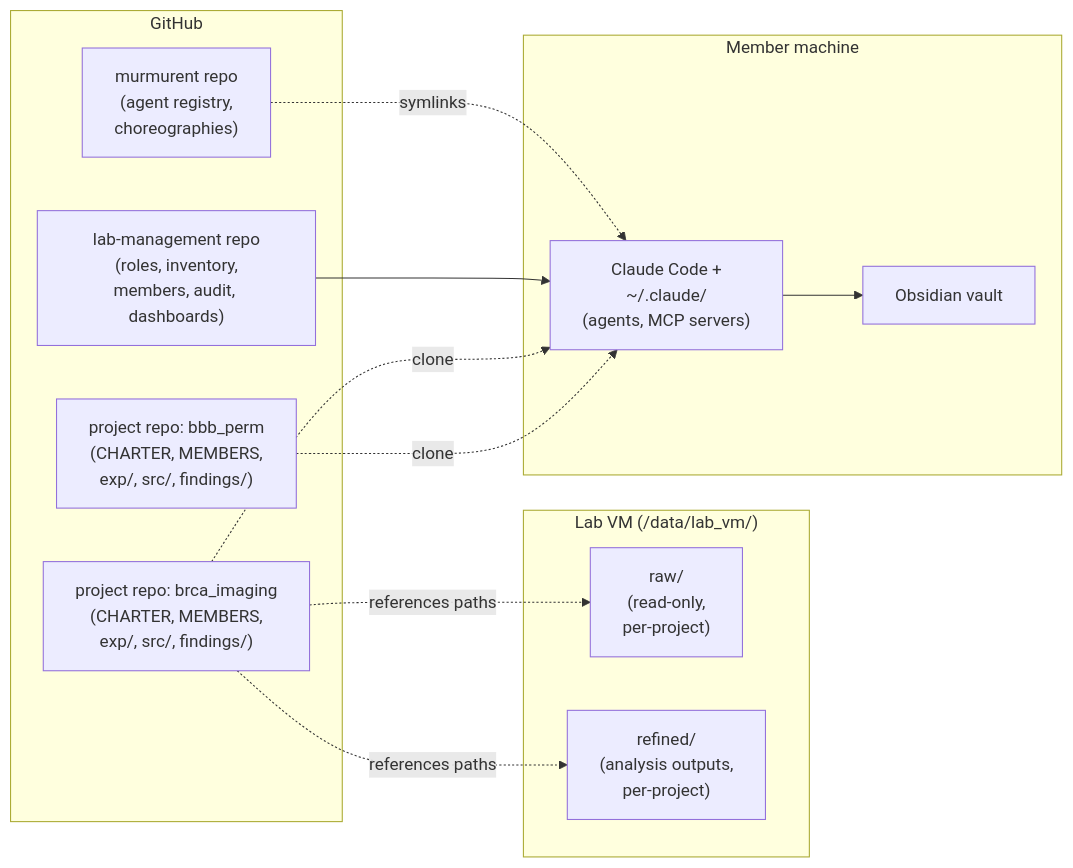
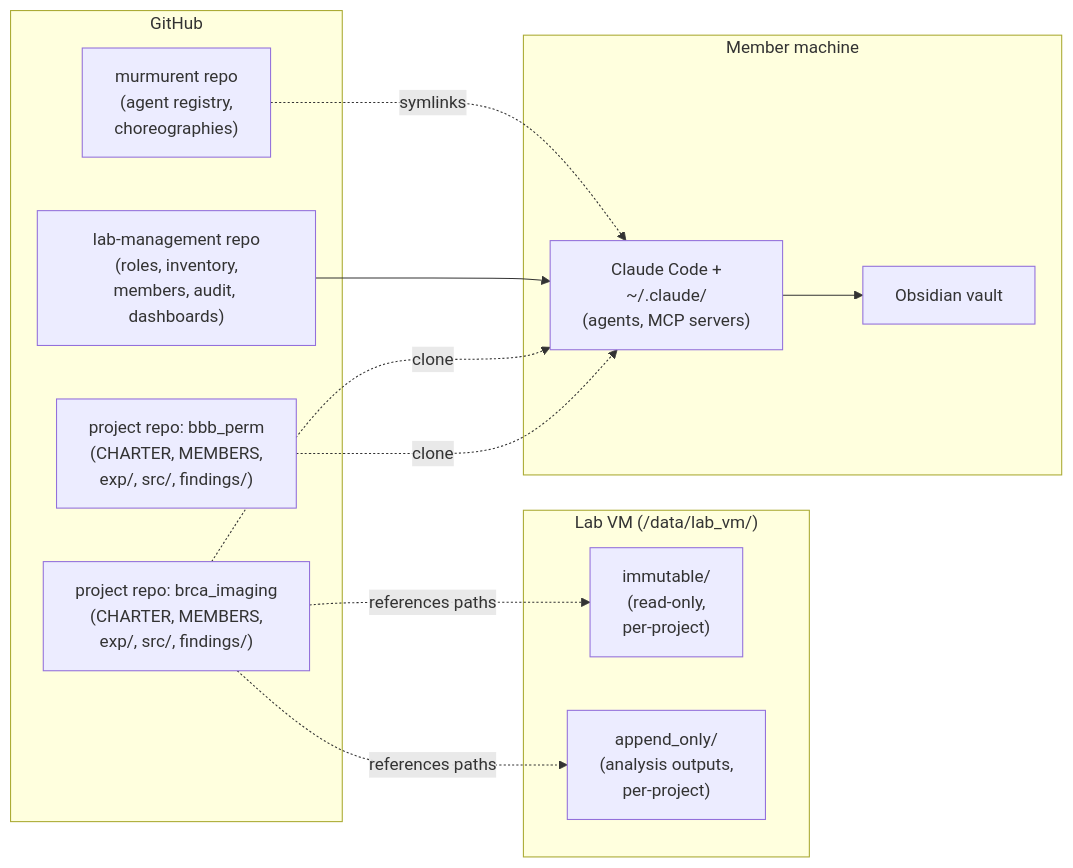
The second of 7 diagrams in docs/diagrams.md (hallettmiket/murmurent), drawn with Mermaid before and after one commit. The commit also changed other lines of this file and 50 other files, not shown here.

First line of the commit message:
feat: rename data dirs raw/refined -> immutable/append_only (dual-name)

````diff
--- a/docs/diagrams.md
+++ b/docs/diagrams.md
@@ -49,24 +49,24 @@
 ```mermaid
 graph LR
     subgraph GH["GitHub"]
         WR["murmurent repo<br/>(agent registry,<br/>choreographies)"]
         LMR["lab-management repo<br/>(roles, inventory,<br/>members, audit, dashboards)"]
         PR1["project repo: brca_imaging<br/>(CHARTER, MEMBERS,<br/>exp/, src/, findings/)"]
         PR2["project repo: bbb_perm<br/>(CHARTER, MEMBERS,<br/>exp/, src/, findings/)"]
     end
     subgraph LV["Lab VM (/data/lab_vm/)"]
-        RAW["raw/<br/>(read-only,<br/>per-project)"]
-        REF["refined/<br/>(analysis outputs,<br/>per-project)"]
+        RAW["immutable/<br/>(read-only,<br/>per-project)"]
+        REF["append_only/<br/>(analysis outputs,<br/>per-project)"]
     end
     subgraph LOCAL["Member machine"]
         CC["Claude Code +<br/>~/.claude/<br/>(agents, MCP servers)"]
         VAULT["Obsidian vault"]
     end
     WR -.symlinks.-> CC
     LMR --> CC
     PR1 -.clone.-> CC
     PR2 -.clone.-> CC
     PR1 -.references paths.-> RAW
     PR1 -.references paths.-> REF
     CC --> VAULT
 ```
````
